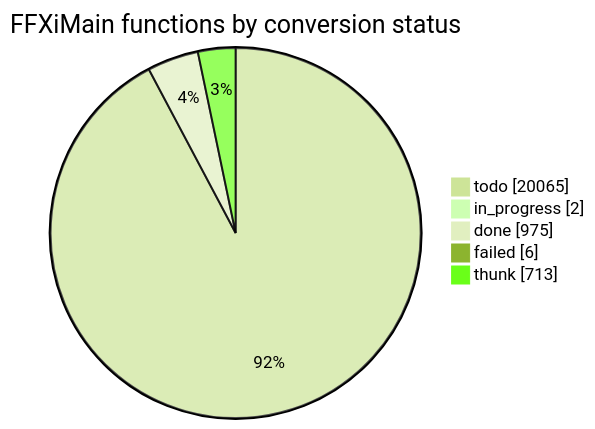
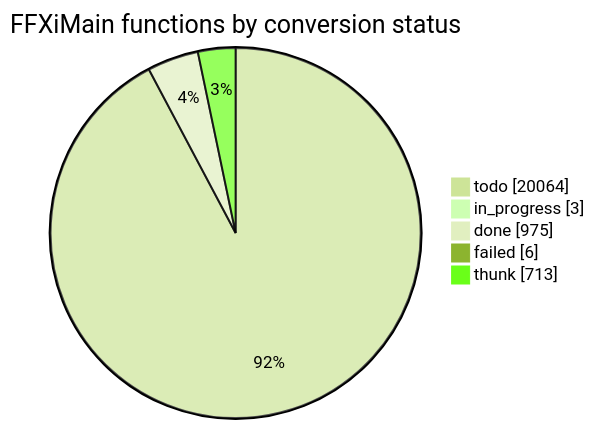
One commit to cowrevenge/cow_kuluu_xi_anything changed the diagram in docs/cow/STATUS.md. Above: the diagram before and after it, drawn with Mermaid (forest theme). The commit also changed other lines of this file and 2 other files, not shown here.

````diff
--- a/docs/cow/STATUS.md
+++ b/docs/cow/STATUS.md
@@ -18,9 +18,9 @@
 ```mermaid
 pie showData
     title FFXiMain functions by conversion status
-    "todo" : 20065
-    "in_progress" : 2
+    "todo" : 20064
+    "in_progress" : 3
     "done" : 975
     "failed" : 6
     "thunk" : 713
 ```
````
